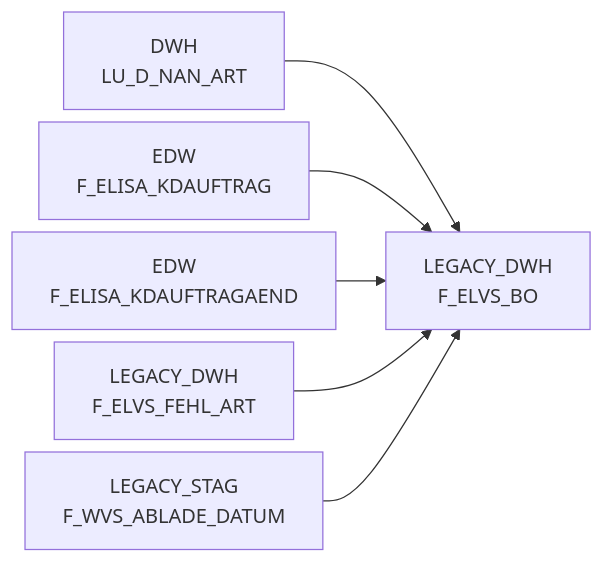
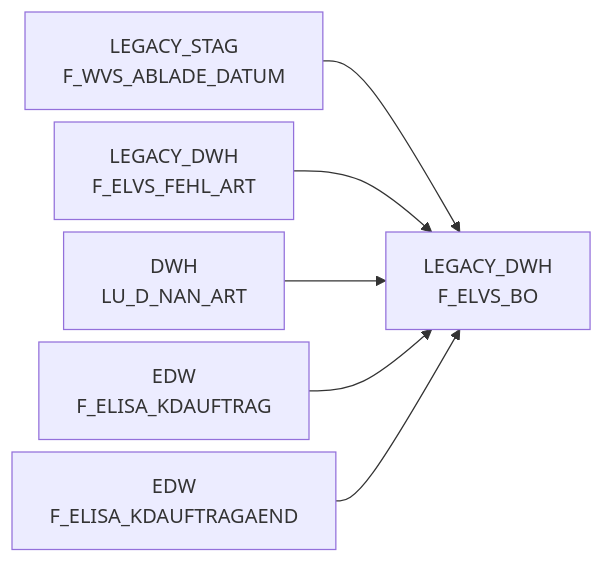
One commit to integration-factory-de/sas_code_docs changed the diagram in docs/Tables/LEGACY_DWH/F_ELVS_BO.md. Above: the diagram before and after it, drawn with Mermaid. The commit also changed other lines of this file and 129 other files, not shown here.

````diff
--- a/docs/Tables/LEGACY_DWH/F_ELVS_BO.md
+++ b/docs/Tables/LEGACY_DWH/F_ELVS_BO.md
@@ -9,21 +9,21 @@
 ```mermaid
 %%{init: {'flowchart': { 'nodeSpacing': 10, 'rankSpacing': 40, 'rankdir': 'TB' }}}%%
 
 flowchart LR
 
+  LEGACY_STAG.F_WVS_ABLADE_DATUM["LEGACY_STAG<br/>F_WVS_ABLADE_DATUM"] --> LEGACY_DWH.F_ELVS_BO["LEGACY_DWH<br/>F_ELVS_BO"]
+  LEGACY_DWH.F_ELVS_FEHL_ART["LEGACY_DWH<br/>F_ELVS_FEHL_ART"] --> LEGACY_DWH.F_ELVS_BO["LEGACY_DWH<br/>F_ELVS_BO"]
   DWH.LU_D_NAN_ART["DWH<br/>LU_D_NAN_ART"] --> LEGACY_DWH.F_ELVS_BO["LEGACY_DWH<br/>F_ELVS_BO"]
   EDW.F_ELISA_KDAUFTRAG["EDW<br/>F_ELISA_KDAUFTRAG"] --> LEGACY_DWH.F_ELVS_BO["LEGACY_DWH<br/>F_ELVS_BO"]
   EDW.F_ELISA_KDAUFTRAGAEND["EDW<br/>F_ELISA_KDAUFTRAGAEND"] --> LEGACY_DWH.F_ELVS_BO["LEGACY_DWH<br/>F_ELVS_BO"]
-  LEGACY_DWH.F_ELVS_FEHL_ART["LEGACY_DWH<br/>F_ELVS_FEHL_ART"] --> LEGACY_DWH.F_ELVS_BO["LEGACY_DWH<br/>F_ELVS_BO"]
-  LEGACY_STAG.F_WVS_ABLADE_DATUM["LEGACY_STAG<br/>F_WVS_ABLADE_DATUM"] --> LEGACY_DWH.F_ELVS_BO["LEGACY_DWH<br/>F_ELVS_BO"]
+  click LEGACY_STAG.F_WVS_ABLADE_DATUM "../../tables/LEGACY_STAG/F_WVS_ABLADE_DATUM"
+  click LEGACY_DWH.F_ELVS_FEHL_ART "../../tables/LEGACY_DWH/F_ELVS_FEHL_ART"
   click DWH.LU_D_NAN_ART "../../tables/DWH/LU_D_NAN_ART"
   click EDW.F_ELISA_KDAUFTRAG "../../tables/EDW/F_ELISA_KDAUFTRAG"
   click EDW.F_ELISA_KDAUFTRAGAEND "../../tables/EDW/F_ELISA_KDAUFTRAGAEND"
-  click LEGACY_DWH.F_ELVS_FEHL_ART "../../tables/LEGACY_DWH/F_ELVS_FEHL_ART"
-  click LEGACY_STAG.F_WVS_ABLADE_DATUM "../../tables/LEGACY_STAG/F_WVS_ABLADE_DATUM"
   click LEGACY_DWH.F_ELVS_BO "../../tables/LEGACY_DWH/F_ELVS_BO"
   click LEGACY_DWH.F_ELVS_BO "../../tables/LEGACY_DWH/F_ELVS_BO"
   click LEGACY_DWH.F_ELVS_BO "../../tables/LEGACY_DWH/F_ELVS_BO"
   click LEGACY_DWH.F_ELVS_BO "../../tables/LEGACY_DWH/F_ELVS_BO"
   click LEGACY_DWH.F_ELVS_BO "../../tables/LEGACY_DWH/F_ELVS_BO"
 ```
````
